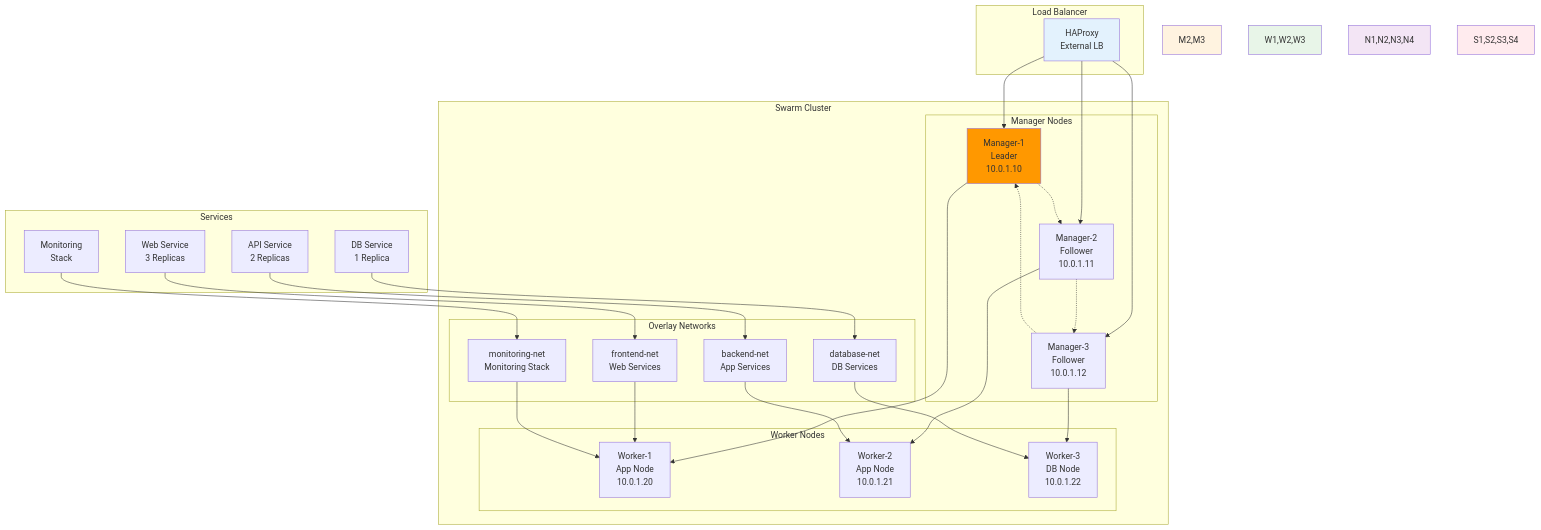
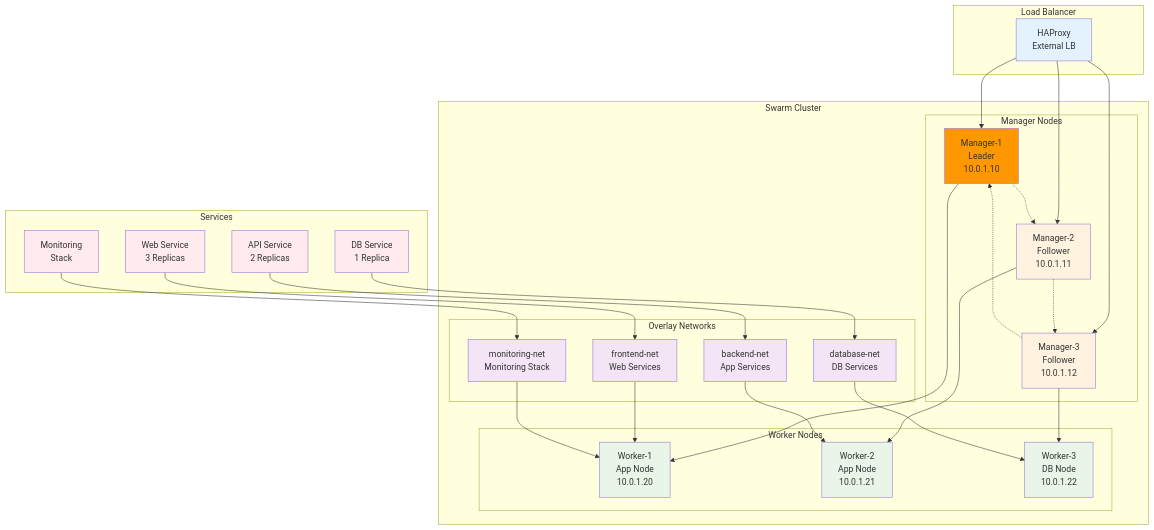
The diagram in theory/week_02/day3/lab_2.md (niceguy61/kdt_devops_lecture_2025), drawn with Mermaid before and after one commit. The commit also changed 63 other files, not shown here.

````diff
--- a/theory/week_02/day3/lab_2.md
+++ b/theory/week_02/day3/lab_2.md
@@ -30,63 +30,72 @@
 ```mermaid
 graph TB
     subgraph "Load Balancer"
         LB[HAProxy<br/>External LB]
     end
     
     subgraph "Swarm Cluster"
         subgraph "Manager Nodes"
             M1[Manager-1<br/>Leader<br/>10.0.1.10]
             M2[Manager-2<br/>Follower<br/>10.0.1.11]
             M3[Manager-3<br/>Follower<br/>10.0.1.12]
         end
         
         subgraph "Worker Nodes"
             W1[Worker-1<br/>App Node<br/>10.0.1.20]
             W2[Worker-2<br/>App Node<br/>10.0.1.21]
             W3[Worker-3<br/>DB Node<br/>10.0.1.22]
         end
         
         subgraph "Overlay Networks"
             N1[frontend-net<br/>Web Services]
             N2[backend-net<br/>App Services]
             N3[database-net<br/>DB Services]
             N4[monitoring-net<br/>Monitoring Stack]
         end
     end
     
     subgraph "Services"
         S1[Web Service<br/>3 Replicas]
         S2[API Service<br/>2 Replicas]
         S3[DB Service<br/>1 Replica]
         S4[Monitoring<br/>Stack]
     end
     
     LB --> M1
     LB --> M2
     LB --> M3
     
     M1 -.-> M2
     M2 -.-> M3
     M3 -.-> M1
     
     M1 --> W1
     M2 --> W2
     M3 --> W3
     
     S1 --> N1
     S2 --> N2
     S3 --> N3
     S4 --> N4
     
     N1 --> W1
     N2 --> W2
     N3 --> W3
     N4 --> W1
     
     style M1 fill:#ff9800
-    style M2,M3 fill:#fff3e0
-    style W1,W2,W3 fill:#e8f5e8
-    style N1,N2,N3,N4 fill:#f3e5f5
-    style S1,S2,S3,S4 fill:#ffebee
+    style M2 fill:#fff3e0
+    style M3 fill:#fff3e0
+    style W1 fill:#e8f5e8
+    style W2 fill:#e8f5e8
+    style W3 fill:#e8f5e8
+    style N1 fill:#f3e5f5
+    style N2 fill:#f3e5f5
+    style N3 fill:#f3e5f5
+    style N4 fill:#f3e5f5
+    style S1 fill:#ffebee
+    style S2 fill:#ffebee
+    style S3 fill:#ffebee
+    style S4 fill:#ffebee
     style LB fill:#e3f2fd
 ```
````
